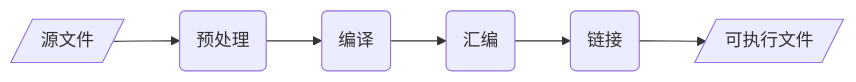
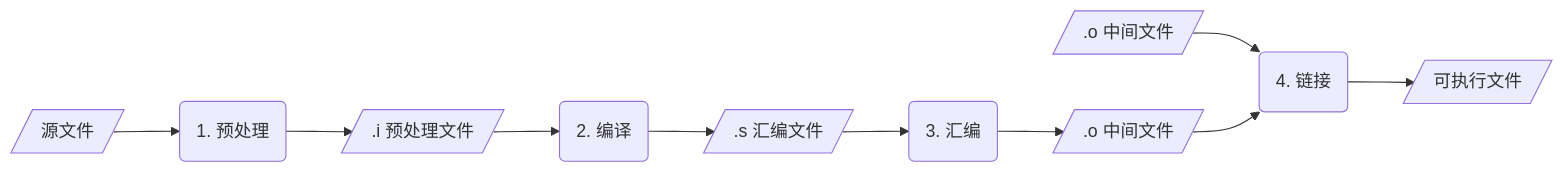
Before and after one commit to dmjcb/dmjcb.github.io: the first of 7 diagrams in _posts/c_c++/compile/2021-06-15-编译过程.md, drawn with Mermaid. The commit also changed other lines of this file and 6 other files, not shown here.

````diff
--- a/_posts/c_c++/compile/2021-06-15-编译过程.md
+++ b/_posts/c_c++/compile/2021-06-15-编译过程.md
@@ -16,10 +16,24 @@
 ```mermaid
 graph LR;
+    
     A[/源文件/]
-    B(预处理)
-    C(编译)
-    D(汇编)
-    E(链接)
+    B(1. 预处理)
+    B1[/.i 预处理文件/]
+    C(2. 编译)
+    C1[/.s 汇编文件/]
+    D(3. 汇编)
+    D1[/.o 中间文件/]
+    D2[/.o 中间文件/]
+    E(4. 链接)
     F[/可执行文件/]
-    A-->B-->C-->D-->E-->F
+    
+
+    A-->B
+    B-->B1
+    B1-->C
+    C-->C1-->D
+    D-->D1
+    D2-->E
+    D1-->E
+    E-->F
 ```
````
